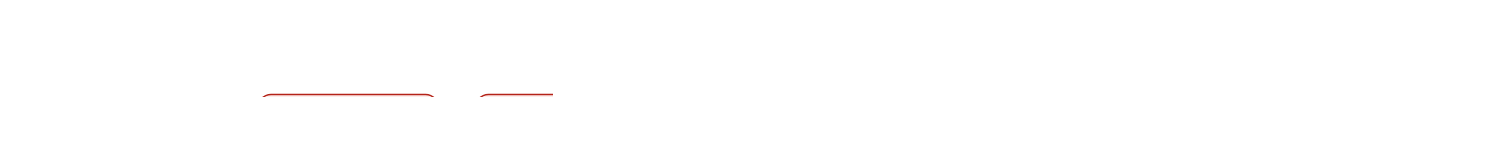
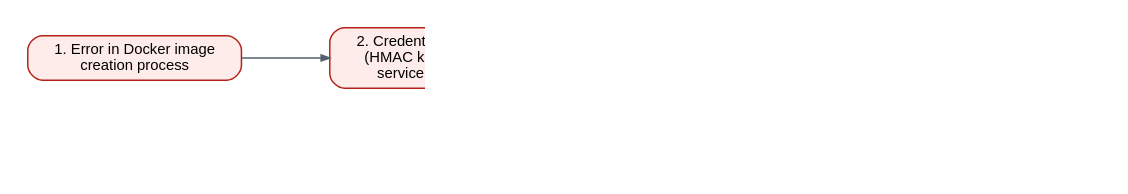
One commit to stampedeShelby/my-first-repo changed the diagram in secure-supply-chain/docs/diagrams/codecov_attack.dot. Above: the diagram before and after it, drawn with Graphviz. The commit also changed 17 other files, not shown here.

```diff
--- a/secure-supply-chain/docs/diagrams/codecov_attack.dot
+++ b/secure-supply-chain/docs/diagrams/codecov_attack.dot
@@ -1,15 +1,17 @@
 digraph G { 
   graph [fontname="Helvetica", fontsize=13, bgcolor="white", pad=0.3, nodesep=0.35, ranksep=0.42, dpi=200];
   node  [fontname="Helvetica", fontsize=12, shape=box, style="rounded,filled", fillcolor="#ffffff",
          color="#51606f", penwidth=1.2, margin="0.18,0.07"];
   edge  [fontname="Helvetica", fontsize=10, color="#51606f", penwidth=1.2, arrowsize=0.7];
- rankdir=LR; ranksep=0.35;
-  a0 [label="Error in Docker image\ncreation process", fillcolor="#fdecea", color="#b42318"];
-  a1 [label="Credential extracted\n(HMAC key for GCS\nservice account)", fillcolor="#fdecea", color="#b42318"];
-  a2 [label="Bash Uploader in\ncloud storage modified\n(from 31 Jan 2021)", fillcolor="#fdecea", color="#b42318"];
-  a3 [label="Customers download\nvia HTTPS from the\ngenuine domain"];
-  a4 [label="Script runs in\ncustomer CI", ];
-  a5 [label="git remote -v + env\n(tokens, keys) sent to\nattacker server", fillcolor="#fdecea", color="#b42318"];
-  a6 [label="1 Apr 2021: customer\nnotices checksum\nmismatch", fillcolor="#e8f6ee", color="#1a7f4b"];
-  a0 -> a1 -> a2 -> a3 -> a4 -> a5; a3 -> a6 [style=dashed, label=" detected ~2 months later"];
+ rankdir=TB; newrank=true; nodesep=0.5; ranksep=0.55;
+  a0 [label="1. Error in Docker image\ncreation process", fillcolor="#fdecea", color="#b42318"];
+  a1 [label="2. Credential extracted\n(HMAC key for GCS\nservice account)", fillcolor="#fdecea", color="#b42318"];
+  a2 [label="3. Bash Uploader in cloud\nstorage modified\n(from 31 Jan 2021)", fillcolor="#fdecea", color="#b42318"];
+  a3 [label="4. Customers download it\nover HTTPS from the\ngenuine domain"];
+  a4 [label="5. Script runs inside\ncustomer CI with\naccess to all secrets"];
+  a5 [label="6. git remote -v + env\n(tokens, keys) sent to\nattacker server", fillcolor="#fdecea", color="#b42318"];
+  a6 [label="7. 1 Apr 2021: a customer\nnotices checksum mismatch\n(disclosed 15 Apr 2021)", fillcolor="#e8f6ee", color="#1a7f4b"];
+  {rank=same; a0; a1; a2; a3}
+  {rank=same; a6; a5; a4}
+  a0 -> a1 -> a2 -> a3; a3 -> a4; a5 -> a4 [dir=back]; a6 -> a5 [dir=back, style=dashed, label=" ~2 months later"];
 }
```
